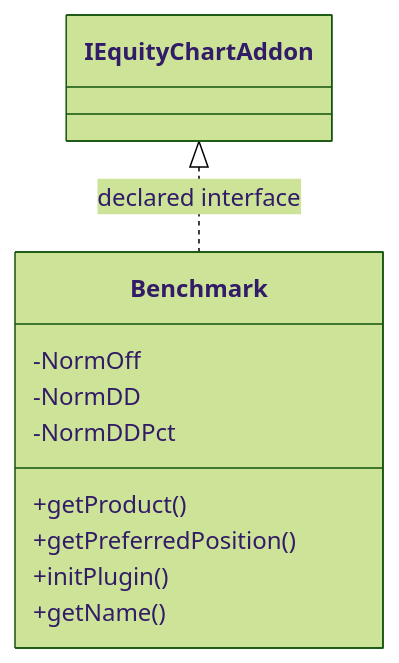
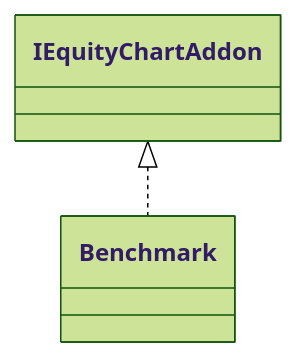
Before and after one commit to haruperi/HaruQuantAI: the diagram in docs/sqx/Results/EquityChartBenchmark.md, drawn with Mermaid (forest theme). The commit also changed other lines of this file and 1688 other files, not shown here.

````diff
--- a/docs/sqx/Results/EquityChartBenchmark.md
+++ b/docs/sqx/Results/EquityChartBenchmark.md
@@ -30,14 +26,6 @@
 ```mermaid
 classDiagram
-    class Ca3a40ba7ea2e["Benchmark"] {
-        -NormOff
-        -NormDD
-        -NormDDPct
-        +getProduct()
-        +getPreferredPosition()
-        +initPlugin()
-        +getName()
-    }
-    class C192f9089a204["IEquityChartAddon"]
-    C192f9089a204 <|.. Ca3a40ba7ea2e : declared interface
+    class C0["Benchmark"]
+    class E0["IEquityChartAddon"]
+    E0 <|.. C0
 ```
````
